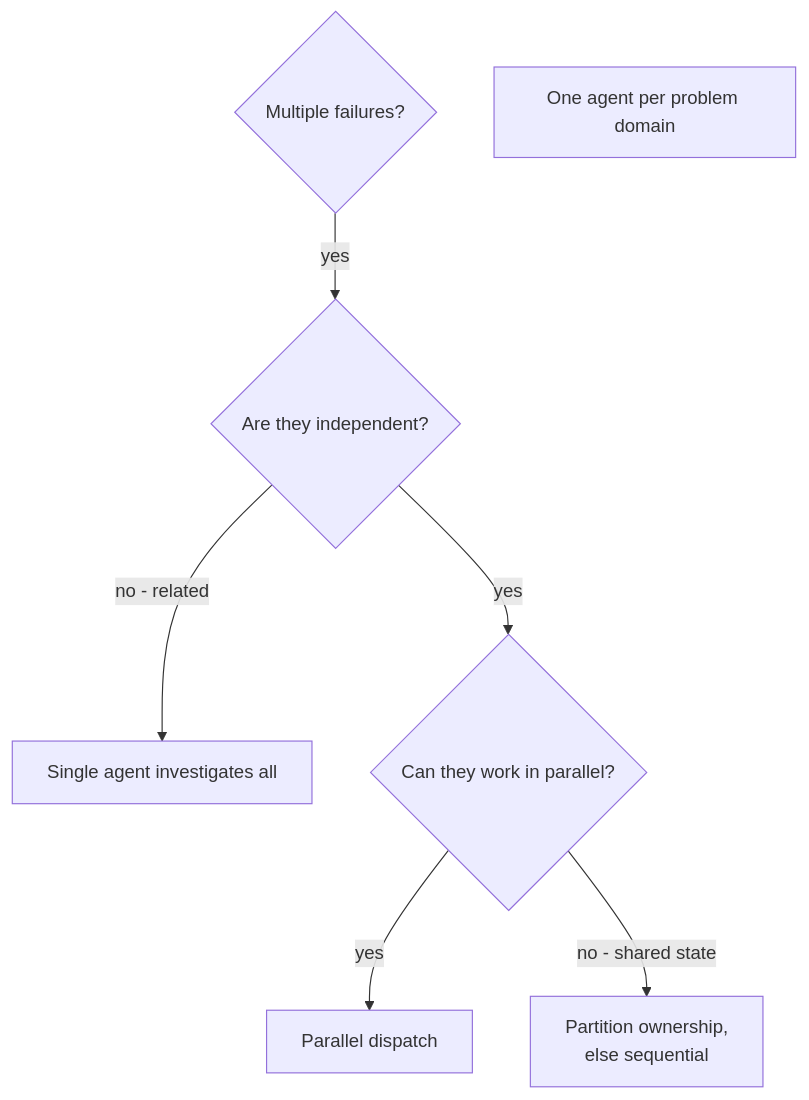
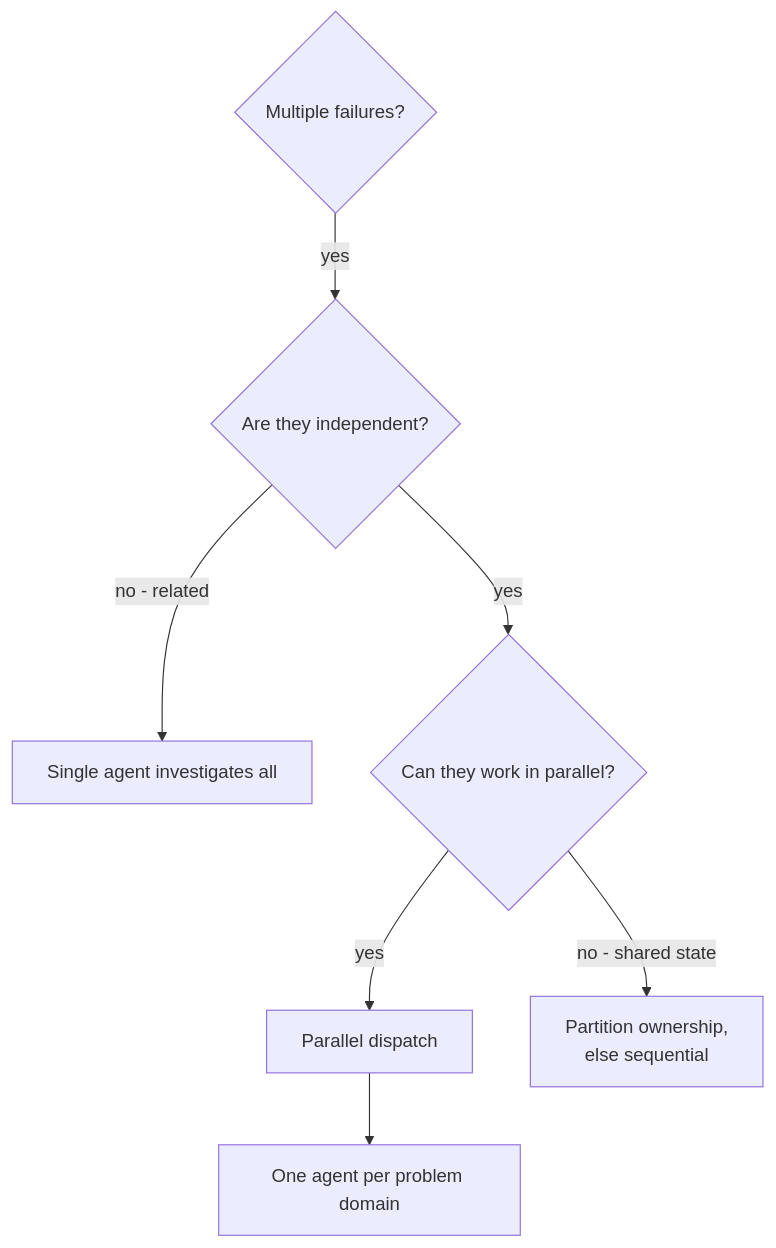
Before and after one commit to audacioustux/agents: the diagram in .agents/skills/dispatching-parallel-agents/SKILL.md, drawn with Mermaid. The commit also changed other lines of this file and 5 other files, not shown here.

````diff
--- a/.agents/skills/dispatching-parallel-agents/SKILL.md
+++ b/.agents/skills/dispatching-parallel-agents/SKILL.md
@@ -23,9 +23,9 @@
 ```mermaid
 flowchart TD
     N1{"Multiple failures?"} -->|"yes"| N2{"Are they independent?"}
     N2 -->|"no - related"| N3["Single agent investigates all"]
     N2 -->|"yes"| N4{"Can they work in parallel?"}
     N4 -->|"yes"| N5["Parallel dispatch"]
     N4 -->|"no - shared state"| N6["Partition ownership,<br/>else sequential"]
-    N7["One agent per problem domain"]
+    N5 --> N7["One agent per problem domain"]
 ```
````
